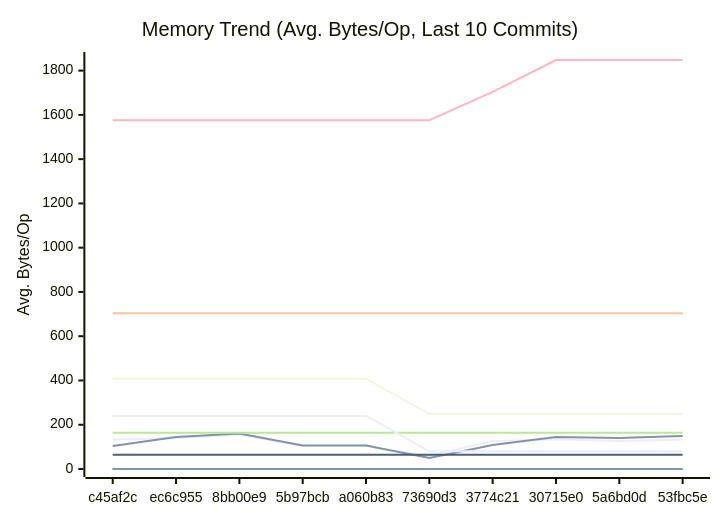
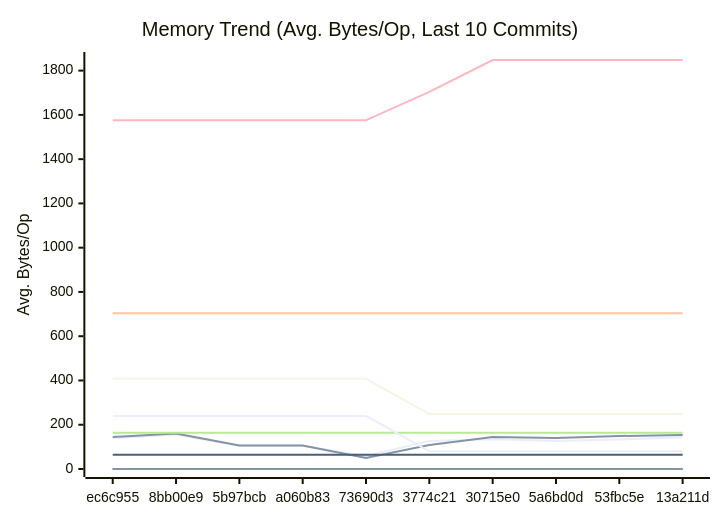
Before and after one commit to alsotoes/momo: the second of 3 diagrams in docs/PERFORMANCE.md, drawn with Mermaid. The commit also changed other lines of this file and 3 other files, not shown here.

````diff
--- a/docs/PERFORMANCE.md
+++ b/docs/PERFORMANCE.md
@@ -171,20 +171,20 @@
 ```mermaid
 xychart-beta
     title "Memory Trend (Avg. Bytes/Op, Last 10 Commits)"
     x-axis "Commit"
     y-axis "Avg. Bytes/Op"
-    x-axis [c45af2c,ec6c955,8bb00e9,5b97bcb,a060b83,73690d3,3774c21,30715e0,5a6bd0d,53fbc5e]
-    line "AWSChunkedReaderSigned" [133,140,155,105,105,59,127,134,126,133]
-    line "AWSChunkedReaderUnsigned" [104,145,160,106,106,50,108,145,140,149]
+    x-axis [ec6c955,8bb00e9,5b97bcb,a060b83,73690d3,3774c21,30715e0,5a6bd0d,53fbc5e,13a211d]
+    line "AWSChunkedReaderSigned" [140,155,105,105,59,127,134,126,133,144]
+    line "AWSChunkedReaderUnsigned" [145,160,106,106,50,108,145,140,149,154]
     line "CheckMetricsAndSwap" [0,0,0,0,0,0,0,0,0,0]
     line "CrushOptimized" [0,0,0,0,0,0,0,0,0,0]
     line "CrushOriginal" [164,164,164,164,164,164,164,164,164,164]
     line "IndexDirectTracking" [0,0,0,0,0,0,0,0,0,0]
     line "IndexSearch" [0,0,0,0,0,0,0,0,0,0]
-    line "LoadGlobalConfig" [1576,1576,1576,1576,1576,1576,1704,1848,1848,1848]
+    line "LoadGlobalConfig" [1576,1576,1576,1576,1576,1704,1848,1848,1848,1848]
     line "PadString" [64,64,64,64,64,64,64,64,64,64]
     line "ParseReplicationOrder_NoPrealloc" [408,408,408,408,408,248,248,248,248,248]
     line "ParseReplicationOrder_Prealloc" [240,240,240,240,240,80,80,80,80,80]
     line "SanitizeLog/Safe" [0,0,0,0,0,0,0,0,0,0]
     line "SanitizeLog/Unsafe" [704,704,704,704,704,704,704,704,704,704]
 ```
````
